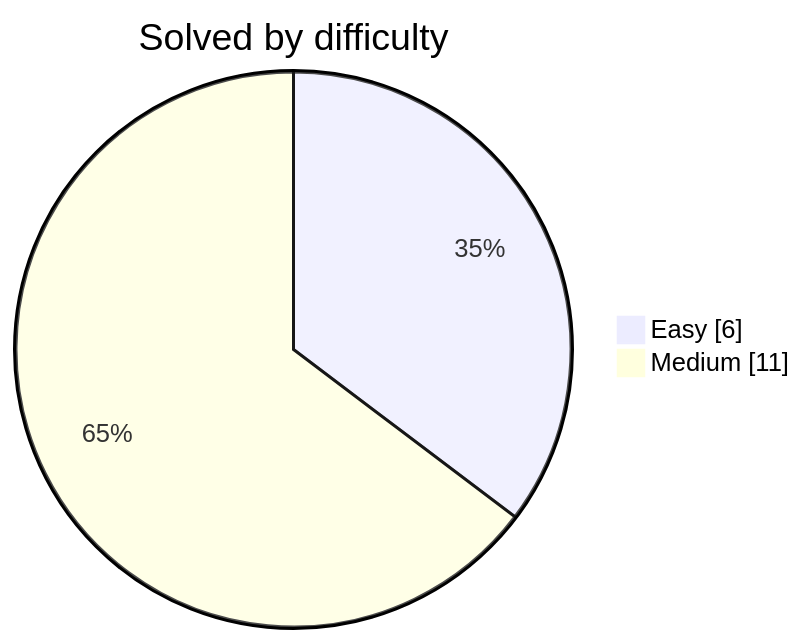
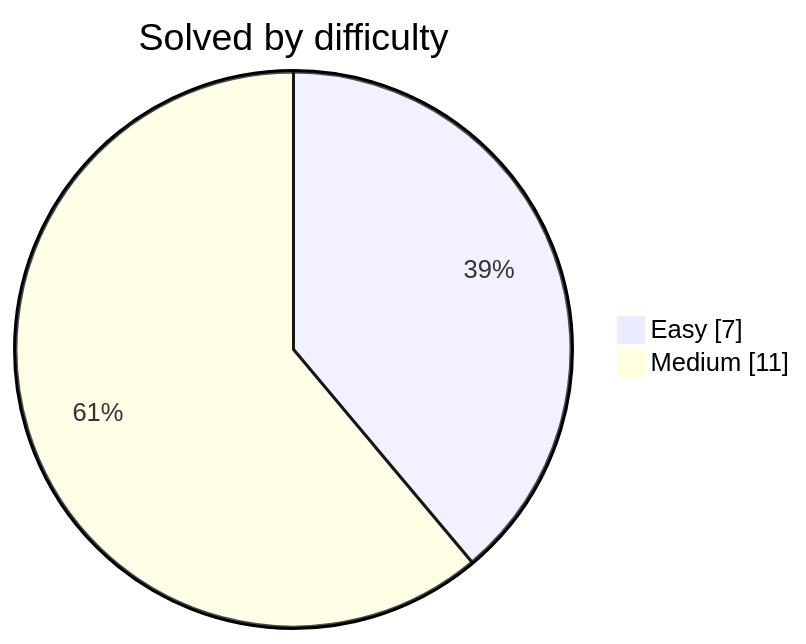
One commit to DwijeshD/leetcode-solutions changed the diagram in README.md. Above: the diagram before and after it, drawn with Mermaid. The commit also changed other lines of this file and 2 other files, not shown here.

````diff
--- a/README.md
+++ b/README.md
@@ -31,6 +31,6 @@
 ```mermaid
 pie showData
     title Solved by difficulty
-    "Easy" : 6
+    "Easy" : 7
     "Medium" : 11
 ```
````
